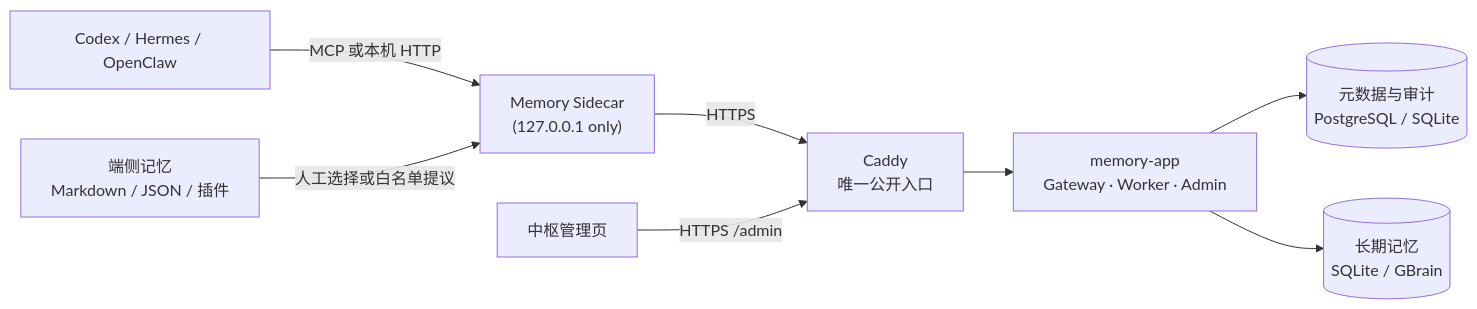
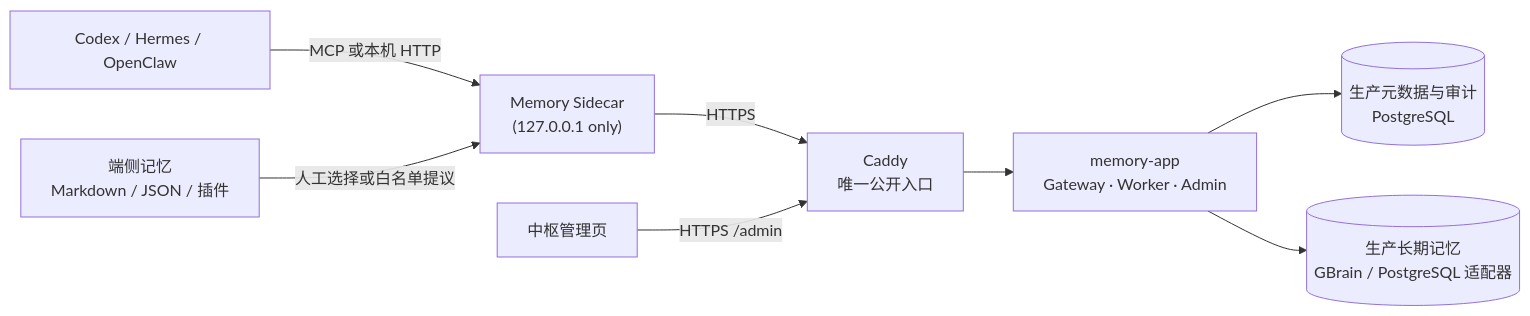
One commit to Buildlee/agent-memory-gateway changed the diagram in README.md. Above: the diagram before and after it, drawn with Mermaid. The commit also changed other lines of this file and 67 other files, not shown here.

````diff
--- a/README.md
+++ b/README.md
@@ -81,10 +110,10 @@
 ```mermaid
 flowchart LR
   A["Codex / Hermes / OpenClaw"] -->|MCP 或本机 HTTP| S["Memory Sidecar<br/>(127.0.0.1 only)"]
   S -->|HTTPS| P["Caddy<br/>唯一公开入口"]
   P --> APP["memory-app<br/>Gateway · Worker · Admin"]
-  APP --> M[("元数据与审计<br/>PostgreSQL / SQLite")]
-  APP --> B[("长期记忆<br/>SQLite / GBrain")]
+  APP --> M[("生产元数据与审计<br/>PostgreSQL")]
+  APP --> B[("生产长期记忆<br/>GBrain / PostgreSQL 适配器")]
   L["端侧记忆<br/>Markdown / JSON / 插件"] -->|"人工选择或白名单提议"| S
   R["中枢管理页"] -->|"HTTPS /admin"| P
 ```
````
